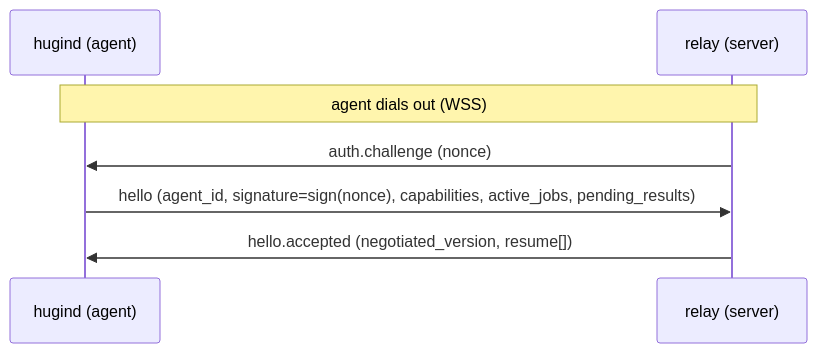
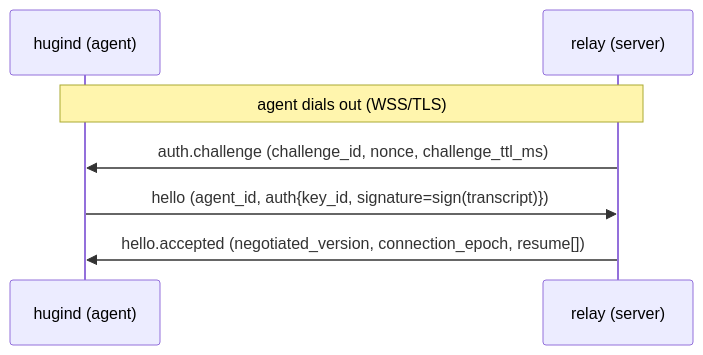
One commit to Karnian/hugin-agent changed the first of 3 diagrams in protocol/README.md. Above: the diagram before and after it, drawn with Mermaid. The commit also changed other lines of this file and 6 other files, not shown here.

````diff
--- a/protocol/README.md
+++ b/protocol/README.md
@@ -50,9 +63,9 @@
 ```mermaid
 sequenceDiagram
     participant A as hugind (agent)
     participant S as relay (server)
-    Note over A,S: agent dials out (WSS)
-    S->>A: auth.challenge (nonce)
-    A->>S: hello (agent_id, signature=sign(nonce), capabilities, active_jobs, pending_results)
-    S->>A: hello.accepted (negotiated_version, resume[])
+    Note over A,S: agent dials out (WSS/TLS)
+    S->>A: auth.challenge (challenge_id, nonce, challenge_ttl_ms)
+    A->>S: hello (agent_id, auth{key_id, signature=sign(transcript)})
+    S->>A: hello.accepted (negotiated_version, connection_epoch, resume[])
 ```
````
